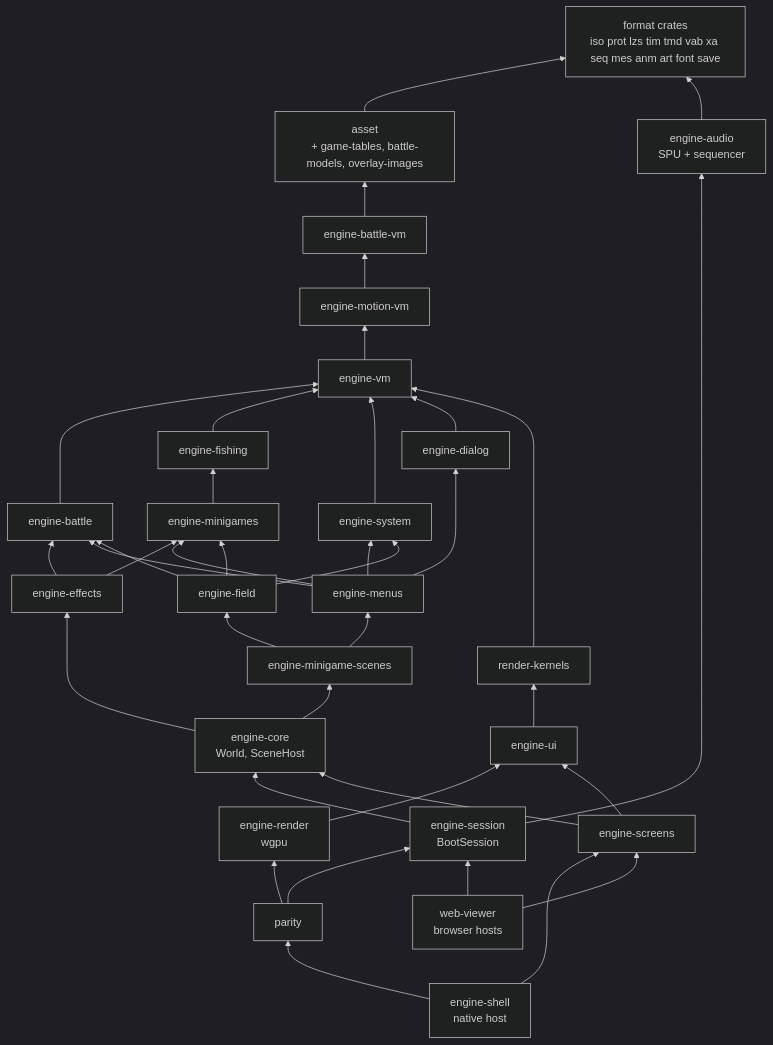
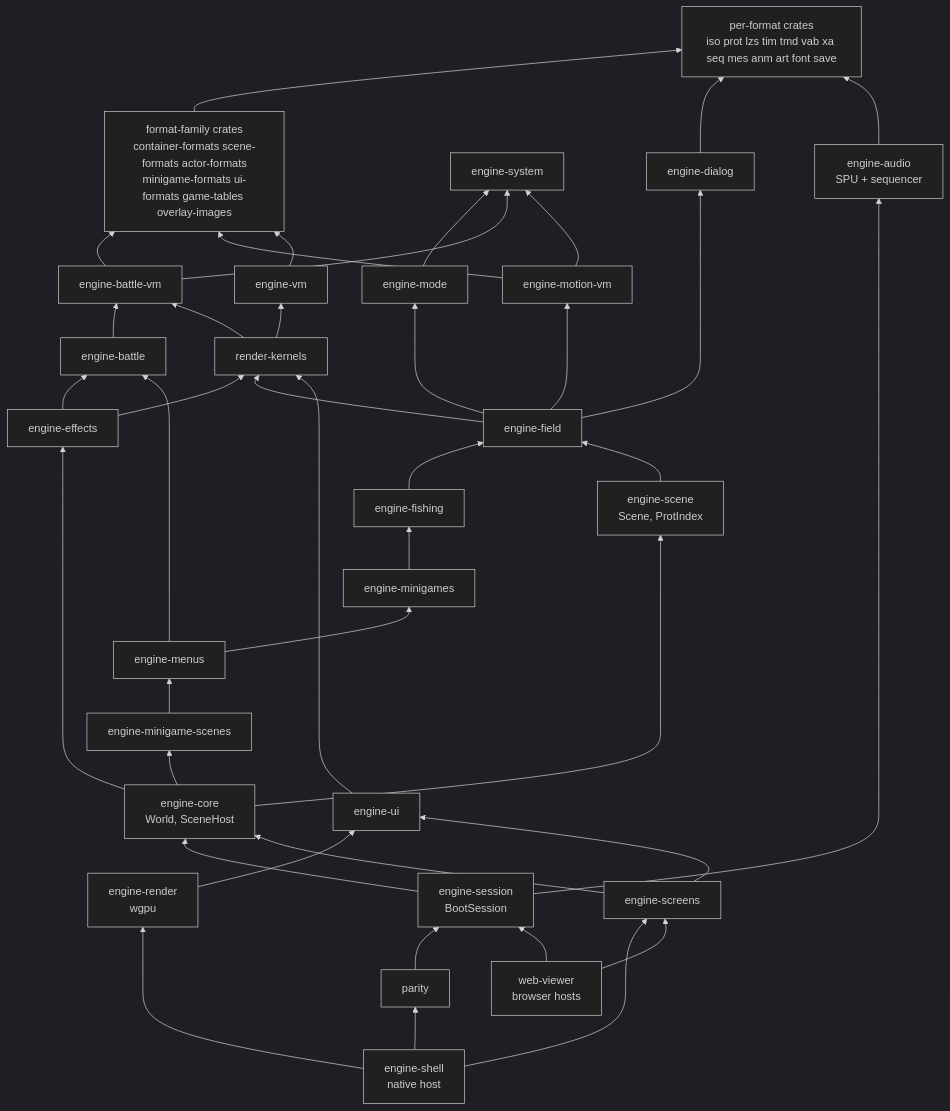
Before and after one commit to AndrewAltimit/legend-of-legaia-re: the first of 4 diagrams in docs/subsystems/engine.md, drawn with Mermaid (dark theme). The commit also changed other lines of this file and 4273 other files, not shown here.

````diff
--- a/docs/subsystems/engine.md
+++ b/docs/subsystems/engine.md
@@ -39,64 +39,69 @@
 ```mermaid
 flowchart BT
-    FMT["format crates<br/>iso prot lzs tim tmd vab xa seq mes anm art font save"]
-    ASSET["asset<br/>+ game-tables, battle-models, overlay-images"]
+    FMT["per-format crates<br/>iso prot lzs tim tmd vab xa seq mes anm art font save"]
+    FAM["format-family crates<br/>container-formats scene-formats actor-formats<br/>minigame-formats ui-formats game-tables overlay-images"]
+    ESYS["engine-system"]
+    EMODE["engine-mode"]
+    EDLG["engine-dialog"]
     EBV["engine-battle-vm"]
     EMV["engine-motion-vm"]
     EVM["engine-vm"]
     EB["engine-battle"]
+    RK["render-kernels"]
+    EFX["engine-effects"]
+    EFIELD["engine-field"]
     EFISH["engine-fishing"]
     EMG["engine-minigames"]
-    ESYS["engine-system"]
-    EDLG["engine-dialog"]
-    EFX["engine-effects"]
     EMENU["engine-menus"]
-    EFIELD["engine-field"]
     EMGS["engine-minigame-scenes"]
+    ESCN["engine-scene<br/>Scene, ProtIndex"]
     CORE["engine-core<br/>World, SceneHost"]
-    RK["render-kernels"]
     EUI["engine-ui"]
     EREN["engine-render<br/>wgpu"]
     EAUD["engine-audio<br/>SPU + sequencer"]
     SESS["engine-session<br/>BootSession"]
     SCR["engine-screens"]
     PAR["parity"]
     SHELL["engine-shell<br/>native host"]
     WEB["web-viewer<br/>browser hosts"]
 
-    ASSET --> FMT
-    EBV --> ASSET
-    EMV --> EBV
-    EVM --> EMV
-    EB --> EVM
-    EFISH --> EVM
-    ESYS --> EVM
-    EDLG --> EVM
+    FAM --> FMT
+    EDLG --> FMT
+    EMODE --> ESYS
+    EBV --> ESYS
+    EBV --> FAM
+    EMV --> ESYS
+    EMV --> FAM
+    EVM --> FAM
+    EB --> EBV
+    RK --> EBV
     RK --> EVM
+    EFX --> RK
+    EFX --> EB
+    EFIELD --> EMODE
+    EFIELD --> EMV
+    EFIELD --> EDLG
+    EFIELD --> RK
+    EMENU --> EB
+    EFISH --> EFIELD
     EMG --> EFISH
-    EFX --> EB
-    EFX --> EMG
-    EMENU --> EDLG
-    EMENU --> ESYS
-    EMENU --> EB
     EMENU --> EMG
-    EFIELD --> ESYS
-    EFIELD --> EB
-    EFIELD --> EMG
     EMGS --> EMENU
-    EMGS --> EFIELD
+    ESCN --> EFIELD
+    CORE --> ESCN
     CORE --> EFX
     CORE --> EMGS
     EUI --> RK
     EREN --> EUI
     EAUD --> FMT
     SESS --> CORE
     SESS --> EAUD
     SCR --> CORE
     SCR --> EUI
     PAR --> SESS
-    PAR --> EREN
     SHELL --> PAR
     SHELL --> SCR
+    SHELL --> EREN
     WEB --> SESS
     WEB --> SCR
 ```
````
